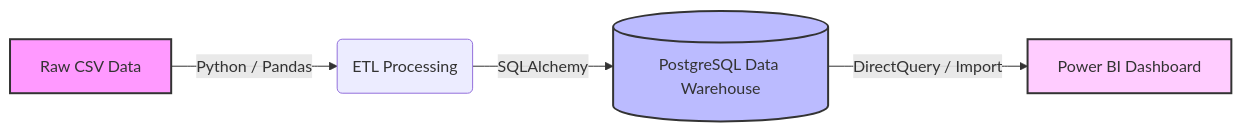
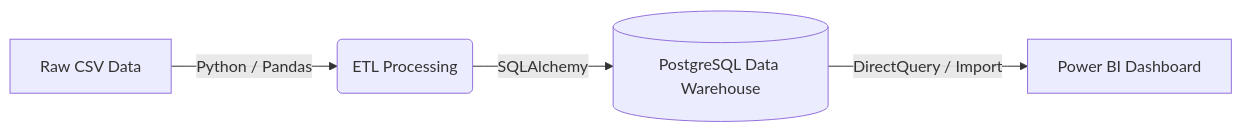
The diagram in docs/4_Data_Warehouse_Architecture.md (DhanushPillay/Banking-Analytics-Data-Warehouse), drawn with Mermaid before and after one commit. The commit also changed 2 other files, not shown here.

Commit message:
docs: improve diagram contrast and embed project report in README

````diff
--- a/docs/4_Data_Warehouse_Architecture.md
+++ b/docs/4_Data_Warehouse_Architecture.md
@@ -9,10 +9,6 @@
 ```mermaid
 graph LR
     A[Raw CSV Data] -->|Python / Pandas| B(ETL Processing)
     B -->|SQLAlchemy| C[(PostgreSQL Data Warehouse)]
     C -->|DirectQuery / Import| D[Power BI Dashboard]
-    
-    style A fill:#f9f,stroke:#333,stroke-width:2px
-    style C fill:#bbf,stroke:#333,stroke-width:2px
-    style D fill:#fcf,stroke:#333,stroke-width:2px
 ```
````
